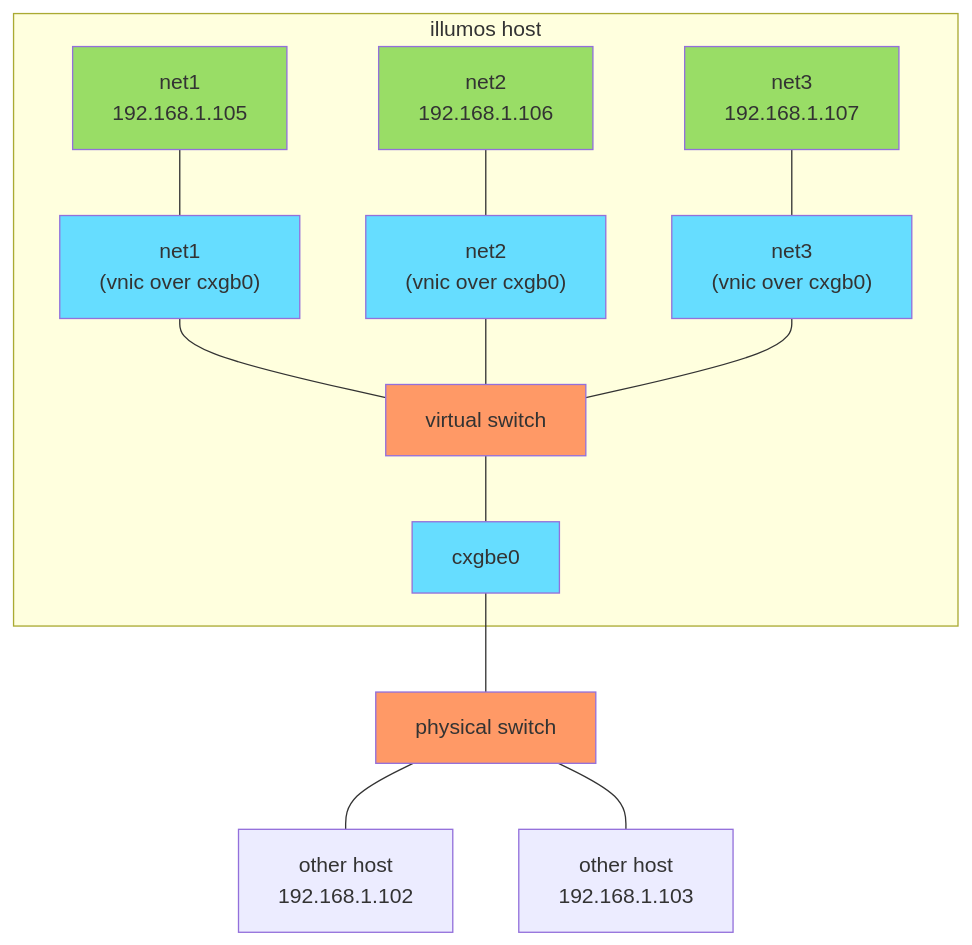
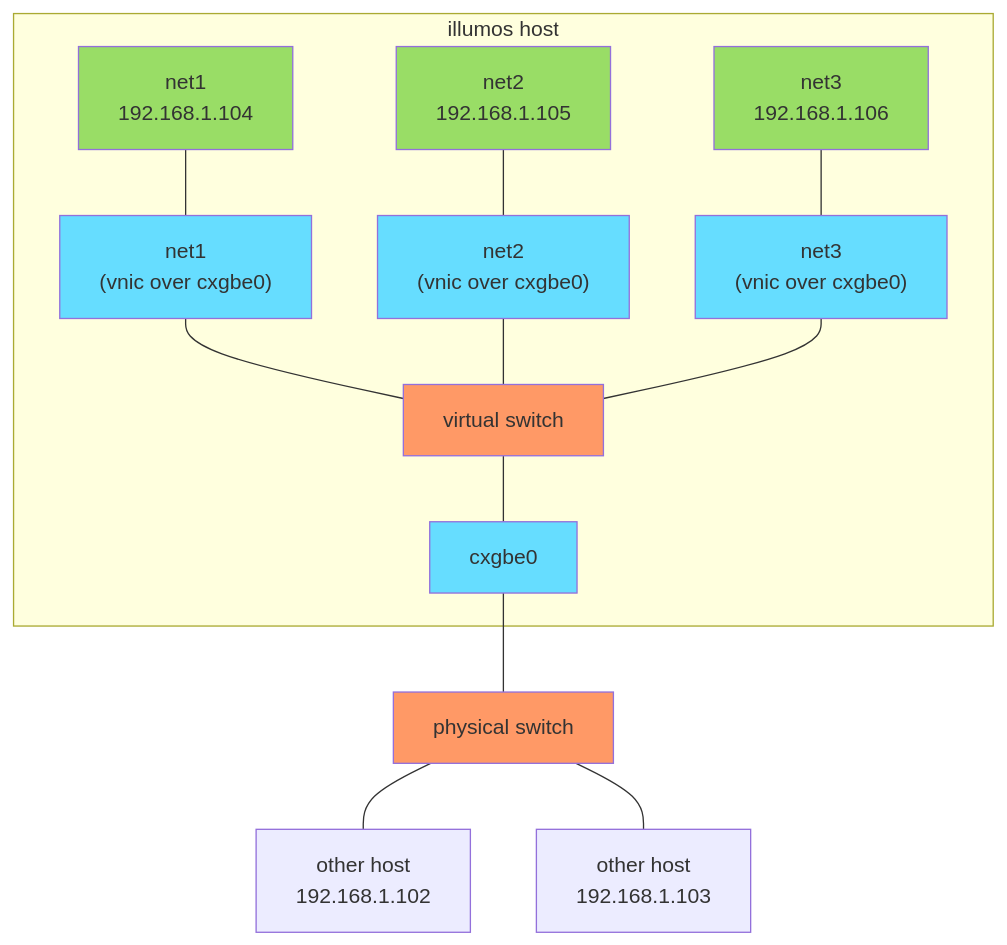
The second of 5 diagrams in docs/networking.adoc (oxidecomputer/omicron), drawn with Mermaid before and after one commit. The commit also changed other lines of this file, not shown here.

````diff
--- a/docs/networking.adoc
+++ b/docs/networking.adoc
@@ -97,45 +97,45 @@
 ```mermaid
 graph TD
     subgraph "illumos host"
         if1 --- vnic1
         if2 --- vnic2
         if3 --- vnic3
         vnic1 --- vswitch1
         vnic2 --- vswitch1
         vnic3 --- vswitch1
         vswitch1 --- cxgbe0
     end
 
     cxgbe0 --- switch
     switch --- exthost1
     switch --- exthost2
 
     %% Labels are defined as needed at the end here to avoid changing the layout.
-    vnic1["net1\n(vnic over cxgb0)"]
-    vnic2["net2\n(vnic over cxgb0)"]
-    vnic3["net3\n(vnic over cxgb0)"]
+    vnic1["net1\n(vnic over cxgbe0)"]
+    vnic2["net2\n(vnic over cxgbe0)"]
+    vnic3["net3\n(vnic over cxgbe0)"]
     vswitch1["virtual switch"]
-    if1["net1\n192.168.1.105"]
-    if2["net2\n192.168.1.106"]
-    if3["net3\n192.168.1.107"]
+    if1["net1\n192.168.1.104"]
+    if2["net2\n192.168.1.105"]
+    if3["net3\n192.168.1.106"]
 
     switch["physical switch"]
     exthost1["other host\n192.168.1.102"]
     exthost2["other host\n192.168.1.103"]
 
     classDef switch fill:#f96
     class vswitch1 switch
     class switch switch
 
     classDef if fill:#9d6
     class if0 if
     class if1 if
     class if2 if
     class if3 if
 
     classDef datalink fill:#6df
     class vnic1 datalink
     class vnic2 datalink
     class vnic3 datalink
     class cxgbe0 datalink
 ```
````
